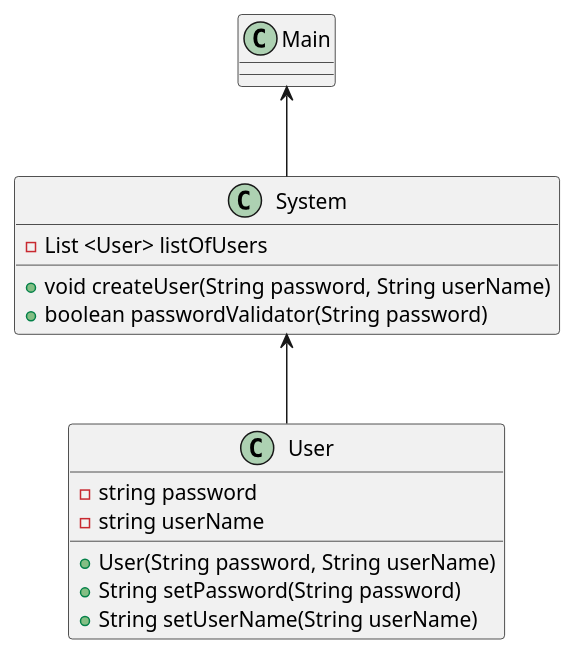
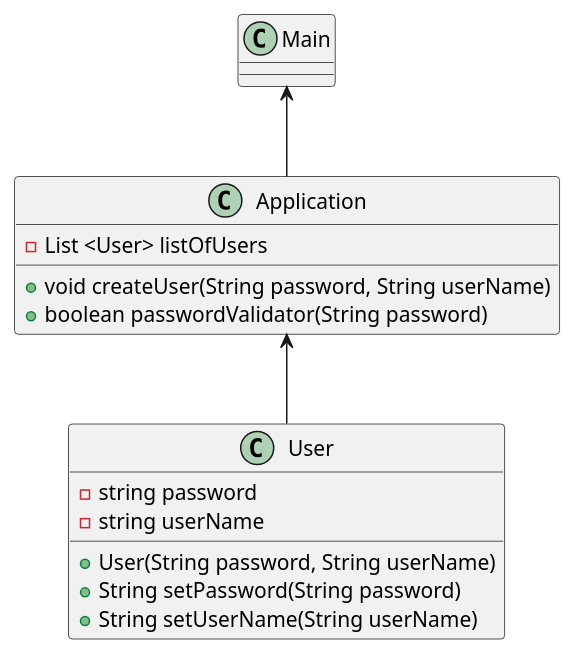
Before and after one commit to badranyoussef/unitest-project: the diagram in documentation/class diagram.puml, drawn with PlantUML. The commit also changed 10 other files, not shown here.

```diff
--- a/documentation/class diagram.puml
+++ b/documentation/class diagram.puml
@@ -1,28 +1,28 @@
 @startuml
 'https://plantuml.com/class-diagram
 
 
 
 class Main
 class User
-class System
+class Application
 
 class User{
 -string password
 -string userName
 
 +User(String password, String userName)
 +String setPassword(String password)
 +String setUserName(String userName)
 }
 
-class System{
+class Application{
 -List <User> listOfUsers
 + void createUser(String password, String userName)
 + boolean passwordValidator(String password)
 }
 
-Main <-- System
-System <-- User
+Main <-- Application
+Application <-- User
 
 @enduml
```
